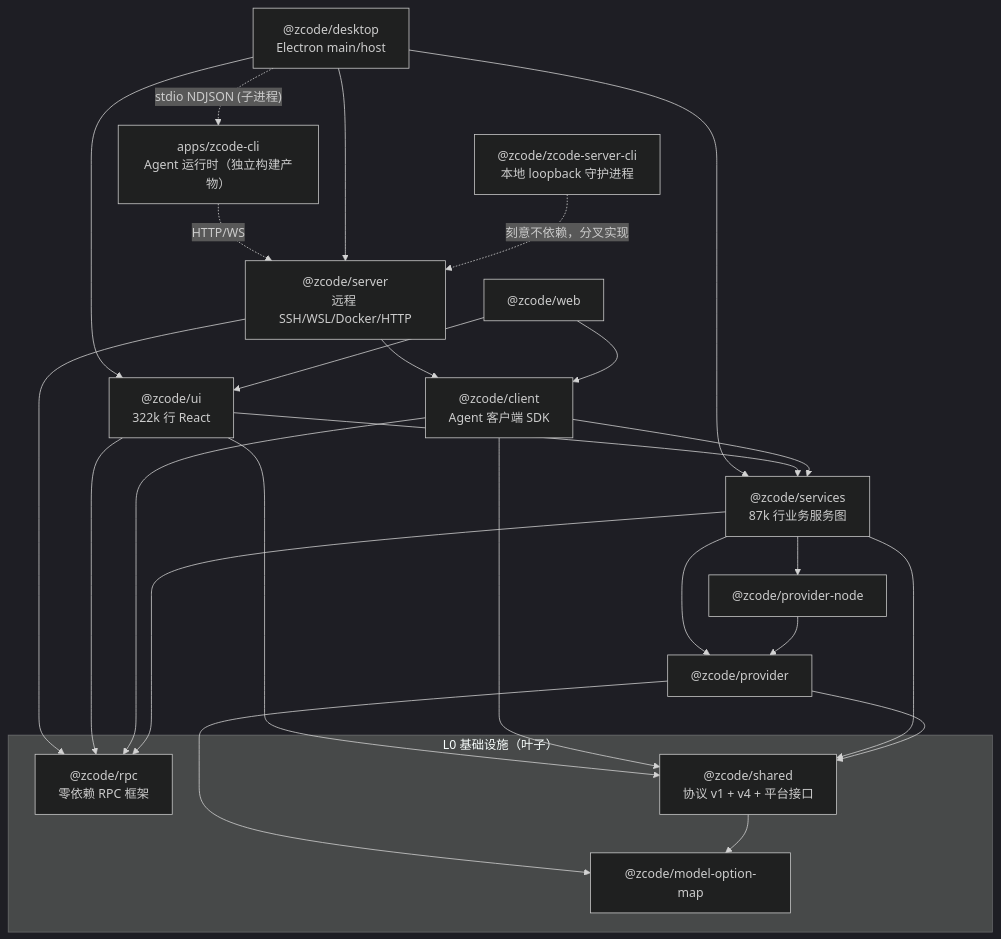
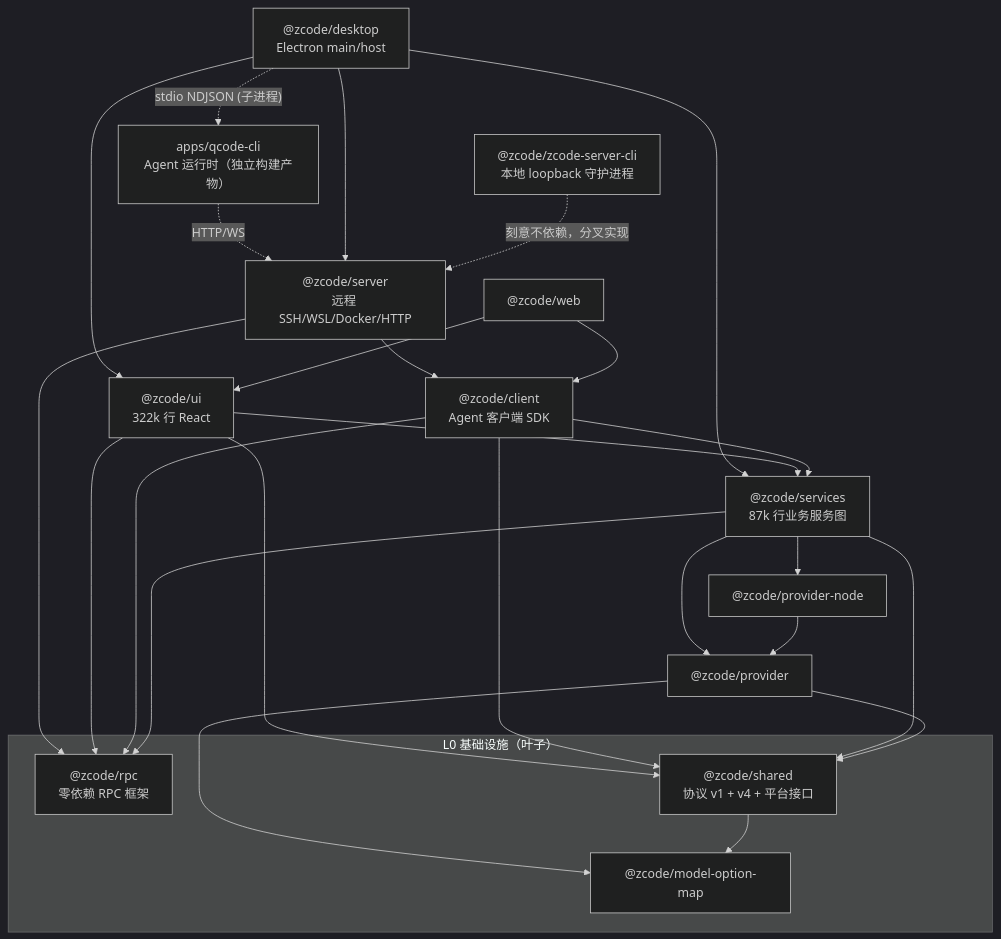
Before and after one commit to canwhite/zcode-tui: the third of 3 diagrams in docs/know-everything-zcode.md, drawn with Mermaid (dark theme). The commit also changed other lines of this file and 1711 other files, not shown here.

Commit message:
feat: rename zcode→qcode, theme blue-purple, ASCII logo updated

````diff
--- a/docs/know-everything-zcode.md
+++ b/docs/know-everything-zcode.md
@@ -156,37 +156,37 @@
 ```mermaid
 flowchart TD
   subgraph L0["L0 基础设施（叶子）"]
     RPC["@zcode/rpc<br/>零依赖 RPC 框架"]
     MOM["@zcode/model-option-map"]
     SHARED["@zcode/shared<br/>协议 v1 + v4 + 平台接口"]
   end
   SHARED --> MOM
   PROVIDER["@zcode/provider"] --> MOM
   PROVIDER --> SHARED
   PNODE["@zcode/provider-node"] --> PROVIDER
   SERVICES["@zcode/services<br/>87k 行业务服务图"]
   SERVICES --> PROVIDER
   SERVICES --> PNODE
   SERVICES --> RPC
   SERVICES --> SHARED
   CLIENT["@zcode/client<br/>Agent 客户端 SDK"] --> RPC
   CLIENT --> SERVICES
   CLIENT --> SHARED
   UI["@zcode/ui<br/>322k 行 React"]
   UI --> SERVICES
   UI --> RPC
   UI --> SHARED
   WEB["@zcode/web"] --> CLIENT
   WEB --> UI
   SERVER["@zcode/server<br/>远程 SSH/WSL/Docker/HTTP"] --> CLIENT
   SERVER --> RPC
   SCLI["@zcode/zcode-server-cli<br/>本地 loopback 守护进程"]
   SCLI -.->|刻意不依赖，分叉实现| SERVER
   DESKTOP["@zcode/desktop<br/>Electron main/host"]
   DESKTOP --> UI
   DESKTOP --> SERVER
   DESKTOP --> SERVICES
-  CLIAPP["apps/zcode-cli<br/>Agent 运行时（独立构建产物）"]
+  CLIAPP["apps/qcode-cli<br/>Agent 运行时（独立构建产物）"]
   DESKTOP -.->|"stdio NDJSON (子进程)"| CLIAPP
   CLIAPP -.->|"HTTP/WS"| SERVER
 ```
````
